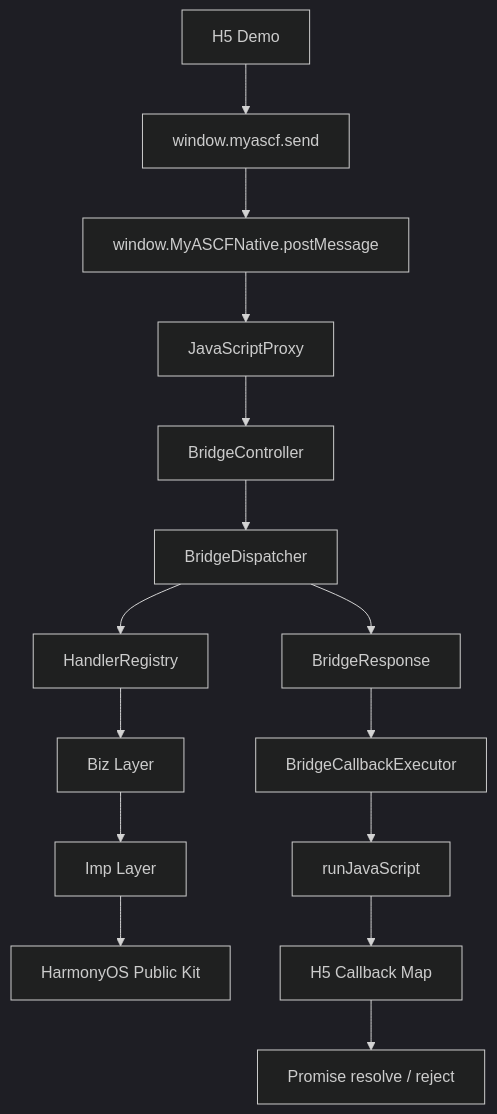
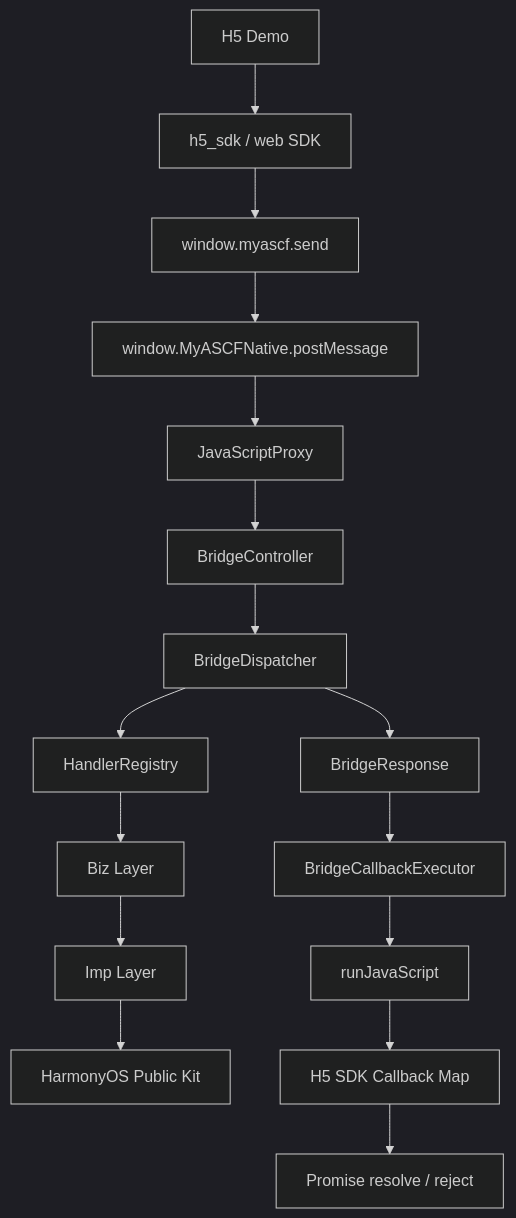
One commit to lichenyang5/MiniAppRuntime-Harmony changed the first of 3 diagrams in README.md. Above: the diagram before and after it, drawn with Mermaid (dark theme). The commit also changed other lines of this file and 38 other files, not shown here.

````diff
--- a/README.md
+++ b/README.md
@@ -28,17 +30,18 @@
 ```mermaid
 flowchart TD
-  H5["H5 Demo"] --> Send["window.myascf.send"]
+  H5["H5 Demo"] --> SDK["h5_sdk / web SDK"]
+  SDK --> Send["window.myascf.send"]
   Send --> Native["window.MyASCFNative.postMessage"]
   Native --> JSP["JavaScriptProxy"]
   JSP --> BC["BridgeController"]
   BC --> BD["BridgeDispatcher"]
   BD --> HR["HandlerRegistry"]
   HR --> Biz["Biz Layer"]
   Biz --> Imp["Imp Layer"]
   Imp --> Kit["HarmonyOS Public Kit"]
   BD --> Resp["BridgeResponse"]
   Resp --> CB["BridgeCallbackExecutor"]
   CB --> RunJS["runJavaScript"]
-  RunJS --> Callback["H5 Callback Map"]
+  RunJS --> Callback["H5 SDK Callback Map"]
   Callback --> Promise["Promise resolve / reject"]
 ```
````
